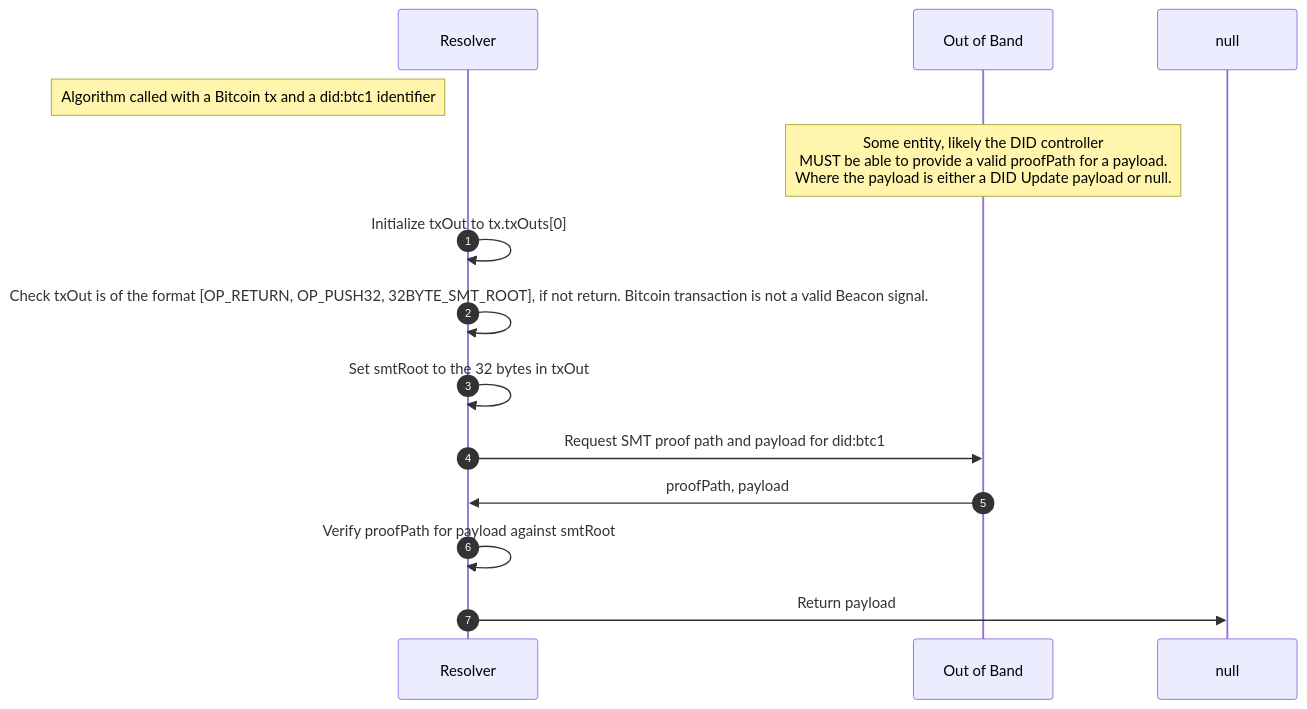
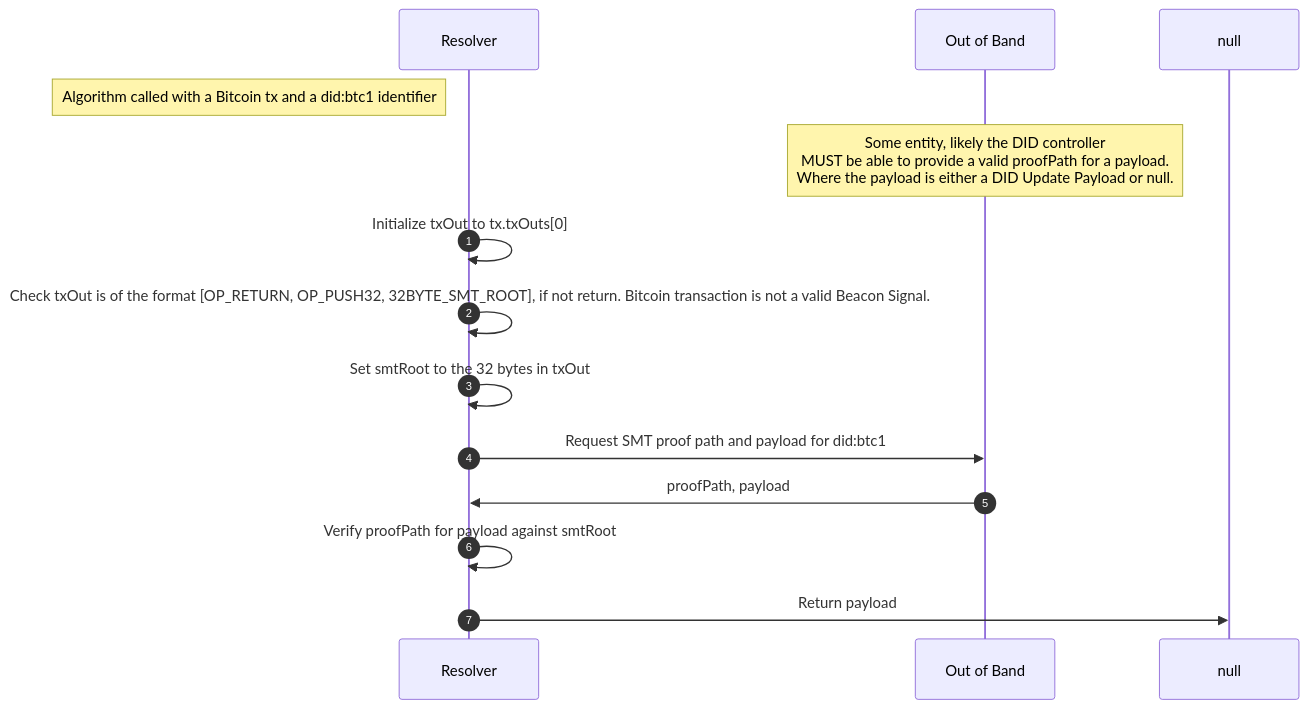
One commit to dcdpr/did-btc1 changed the fourth of 4 diagrams in README.md. Above: the diagram before and after it, drawn with Mermaid. The commit also changed other lines of this file and 25 other files, not shown here.

````diff
--- a/README.md
+++ b/README.md
@@ -835,14 +1514,14 @@
 ```mermaid
 sequenceDiagram
               autonumber
     Note left of Resolver: Algorithm called with a Bitcoin tx and a did:btc1 identifier
-    Note over Out of Band: Some entity, likely the DID controller<br/>MUST be able to provide a valid proofPath for a payload.<br/>Where the payload is either a DID Update payload or null.
+    Note over Out of Band: Some entity, likely the DID controller<br/>MUST be able to provide a valid proofPath for a payload.<br/>Where the payload is either a DID Update Payload or null.
     Resolver->>Resolver:Initialize txOut to tx.txOuts[0]
-    Resolver->>Resolver:Check txOut is of the format [OP_RETURN, OP_PUSH32, 32BYTE_SMT_ROOT], if not return. Bitcoin transaction is not a valid Beacon signal.
+    Resolver->>Resolver:Check txOut is of the format [OP_RETURN, OP_PUSH32, 32BYTE_SMT_ROOT], if not return. Bitcoin transaction is not a valid Beacon Signal.
     Resolver->>Resolver:Set smtRoot to the 32 bytes in txOut
     Resolver->>Out of Band:Request SMT proof path and payload for did:btc1
     Out of Band->>Resolver:proofPath, payload
     Resolver->>Resolver:Verify proofPath for payload against smtRoot
     Resolver->>null:Return payload
 
 ```
````
